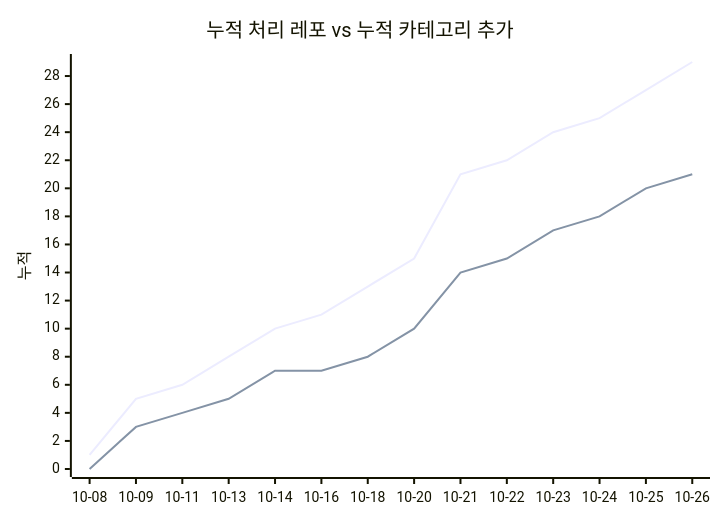
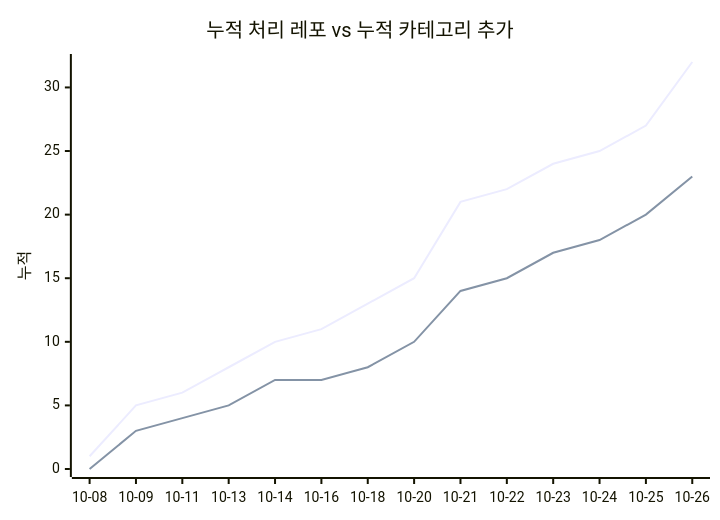
The second of 2 diagrams in docs/trends.md (J-nowcow/awesome-korean-agent-skills), drawn with Mermaid before and after one commit. The commit also changed other lines of this file and 5 other files, not shown here.

````diff
--- a/docs/trends.md
+++ b/docs/trends.md
@@ -68,8 +68,8 @@
 ```mermaid
 xychart-beta
     title "누적 처리 레포 vs 누적 카테고리 추가"
     x-axis ["10-08","10-09","10-11","10-13","10-14","10-16","10-18","10-20","10-21","10-22","10-23","10-24","10-25","10-26"]
     y-axis "누적"
-    line [1,5,6,8,10,11,13,15,21,22,24,25,27,29]
-    line [0,3,4,5,7,7,8,10,14,15,17,18,20,21]
+    line [1,5,6,8,10,11,13,15,21,22,24,25,27,32]
+    line [0,3,4,5,7,7,8,10,14,15,17,18,20,23]
 ```
````
